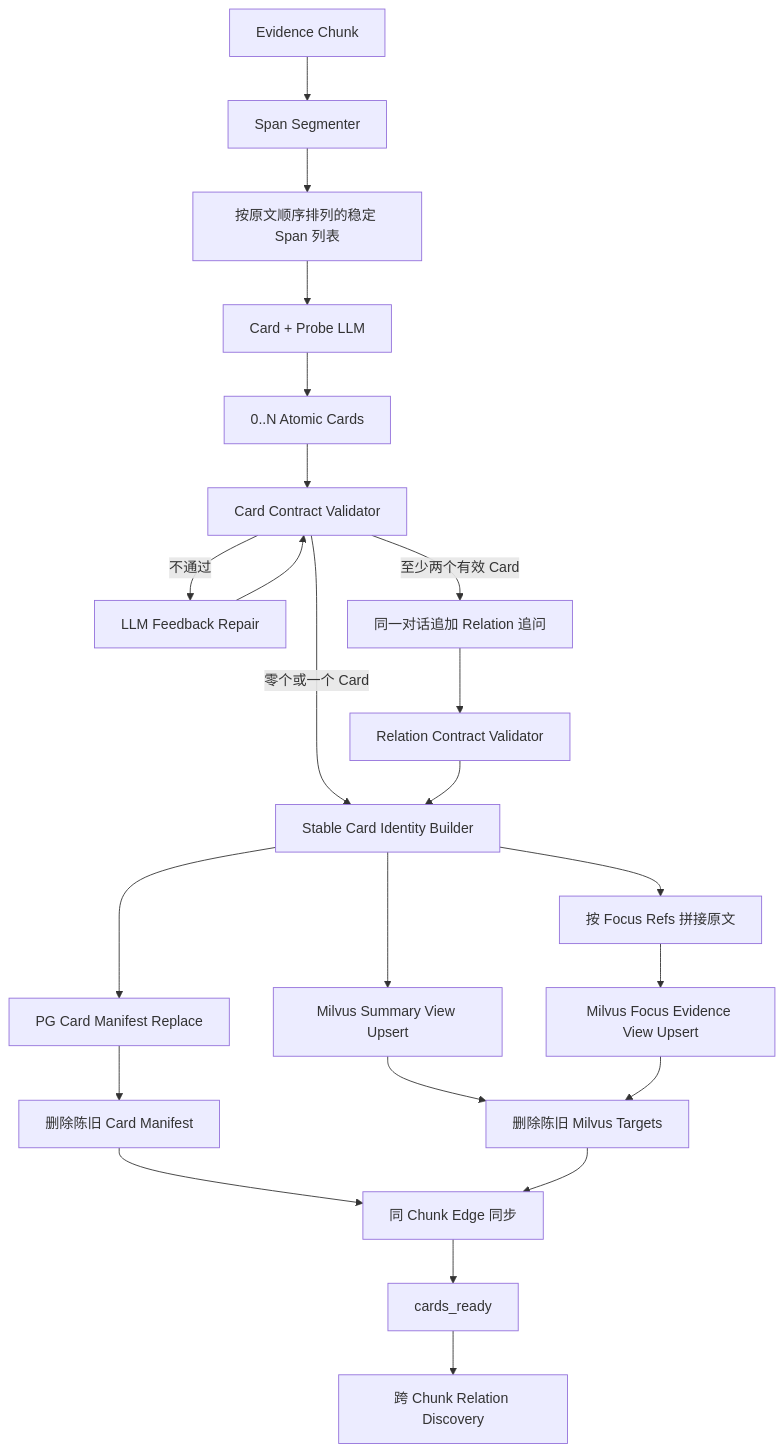
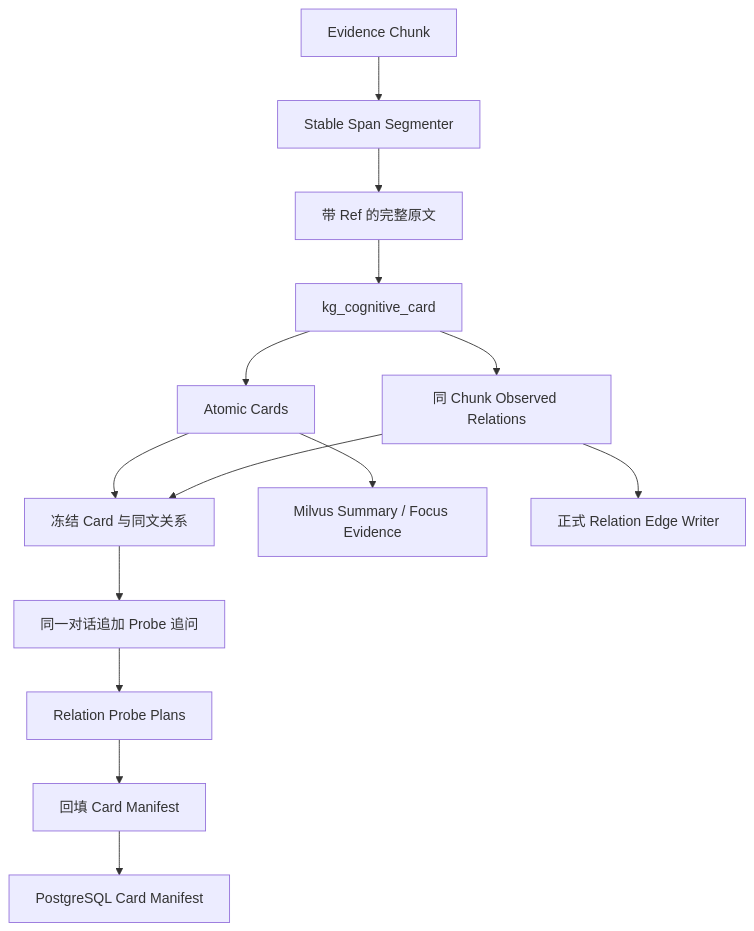
The diagram in .claude/skills/smart-fund-server/docs/3. 实施方案/4. 知识图谱/21. 原子Cognitive Card与Relation Probe提取实施方案.md (qiyuebuku/frida-test), drawn with Mermaid before and after one commit. The commit also changed other lines of this file and 32 other files, not shown here.

Commit message:
feat(kg): checkpoint atomic cards and multi-provider LLM routing

````diff
--- a/.claude/skills/smart-fund-server/docs/3. 实施方案/4. 知识图谱/21. 原子Cognitive Card与Relation Probe提取实施方案.md
+++ b/.claude/skills/smart-fund-server/docs/3. 实施方案/4. 知识图谱/21. 原子Cognitive Card与Relation Probe提取实施方案.md
@@ -131,25 +61,16 @@
 ```mermaid
 flowchart TD
-    A[Evidence Chunk] --> B[Span Segmenter]
-    B --> C[按原文顺序排列的稳定 Span 列表]
-    C --> D[Card + Probe LLM]
-    D --> E[0..N Atomic Cards]
-    E --> F[Card Contract Validator]
-    F -->|不通过| G[LLM Feedback Repair]
-    G --> F
-    F -->|至少两个有效 Card| R[同一对话追加 Relation 追问]
-    R --> RV[Relation Contract Validator]
-    F -->|零个或一个 Card| H[Stable Card Identity Builder]
-    RV --> H
-    H --> I[PG Card Manifest Replace]
-    H --> J1[Milvus Summary View Upsert]
-    H --> J2[按 Focus Refs 拼接原文]
-    J2 --> J3[Milvus Focus Evidence View Upsert]
-    I --> K[删除陈旧 Card Manifest]
-    J1 --> L[删除陈旧 Milvus Targets]
-    J3 --> L
-    K --> M[同 Chunk Edge 同步]
-    L --> M
-    M --> N[cards_ready]
-    N --> O[跨 Chunk Relation Discovery]
+    A[Evidence Chunk] --> B[Stable Span Segmenter]
+    B --> C[带 Ref 的完整原文]
+    C --> D[kg_cognitive_card]
+    D --> E[Atomic Cards]
+    D --> F[同 Chunk Observed Relations]
+    E --> G[冻结 Card 与同文关系]
+    F --> G
+    G --> H[同一对话追加 Probe 追问]
+    H --> I[Relation Probe Plans]
+    I --> J[回填 Card Manifest]
+    E --> K[Milvus Summary / Focus Evidence]
+    F --> L[正式 Relation Edge Writer]
+    J --> M[PostgreSQL Card Manifest]
 ```
````
